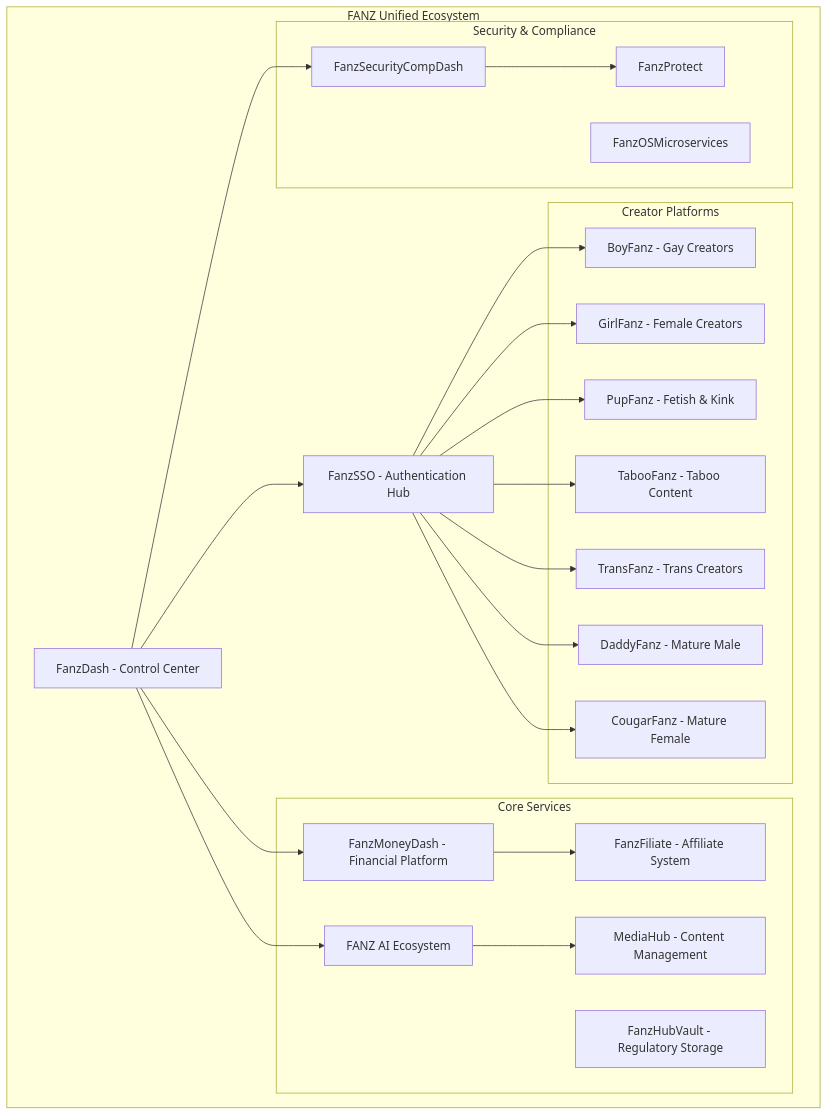
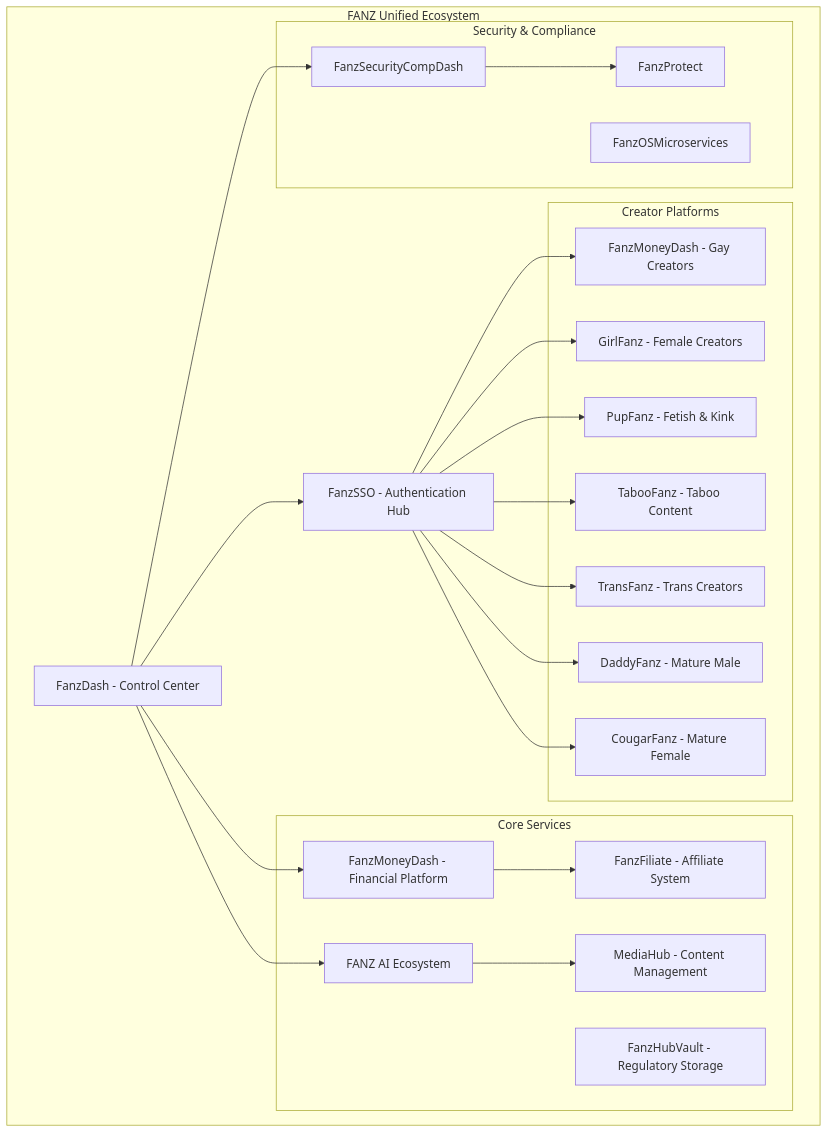
Before and after one commit to FanzCEO/FANZ-Unified-Ecosystem: the diagram in FANZ-Unified-Ecosystem/fanzmoneydash/FANZ_COMPREHENSIVE_ECOSYSTEM_README.md, drawn with Mermaid. The commit also changed other lines of this file and 1636 other files, not shown here.

````diff
--- a/FANZ-Unified-Ecosystem/fanzmoneydash/FANZ_COMPREHENSIVE_ECOSYSTEM_README.md
+++ b/FANZ-Unified-Ecosystem/fanzmoneydash/FANZ_COMPREHENSIVE_ECOSYSTEM_README.md
@@ -26,37 +26,37 @@
 ```mermaid
 graph TB
     subgraph "FANZ Unified Ecosystem"
         SSO[FanzSSO - Authentication Hub]
         DASH[FanzDash - Control Center]
         
         subgraph "Creator Platforms"
-            BF[BoyFanz - Gay Creators]
+            BF[FanzMoneyDash - Gay Creators]
             GF[GirlFanz - Female Creators]
             PF[PupFanz - Fetish & Kink]
             TF[TabooFanz - Taboo Content]
             RF[TransFanz - Trans Creators]
             DF[DaddyFanz - Mature Male]
             CF[CougarFanz - Mature Female]
         end
         
         subgraph "Core Services"
             MONEY[FanzMoneyDash - Financial Platform]
             AI[FANZ AI Ecosystem]
             MEDIA[MediaHub - Content Management]
             VAULT[FanzHubVault - Regulatory Storage]
             FILIATE[FanzFiliate - Affiliate System]
         end
         
         subgraph "Security & Compliance"
             SECURITY[FanzSecurityCompDash]
             PROTECT[FanzProtect]
             MICRO[FanzOSMicroservices]
         end
     end
     
     SSO --> BF & GF & PF & TF & RF & DF & CF
     DASH --> SSO & MONEY & AI & SECURITY
     MONEY --> FILIATE
     AI --> MEDIA
     SECURITY --> PROTECT
 ```
````
